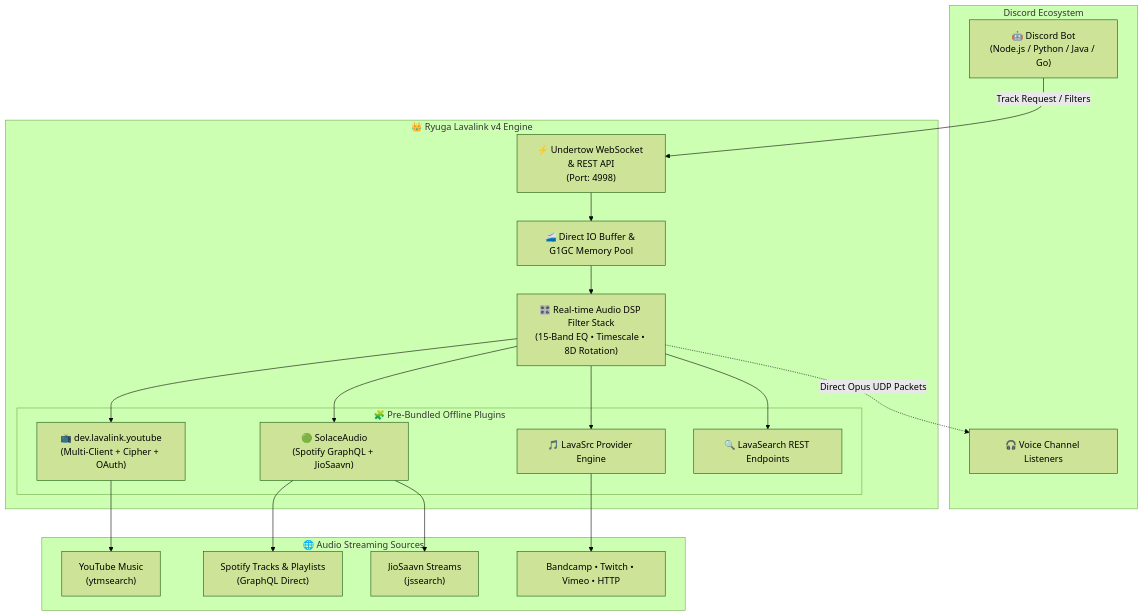
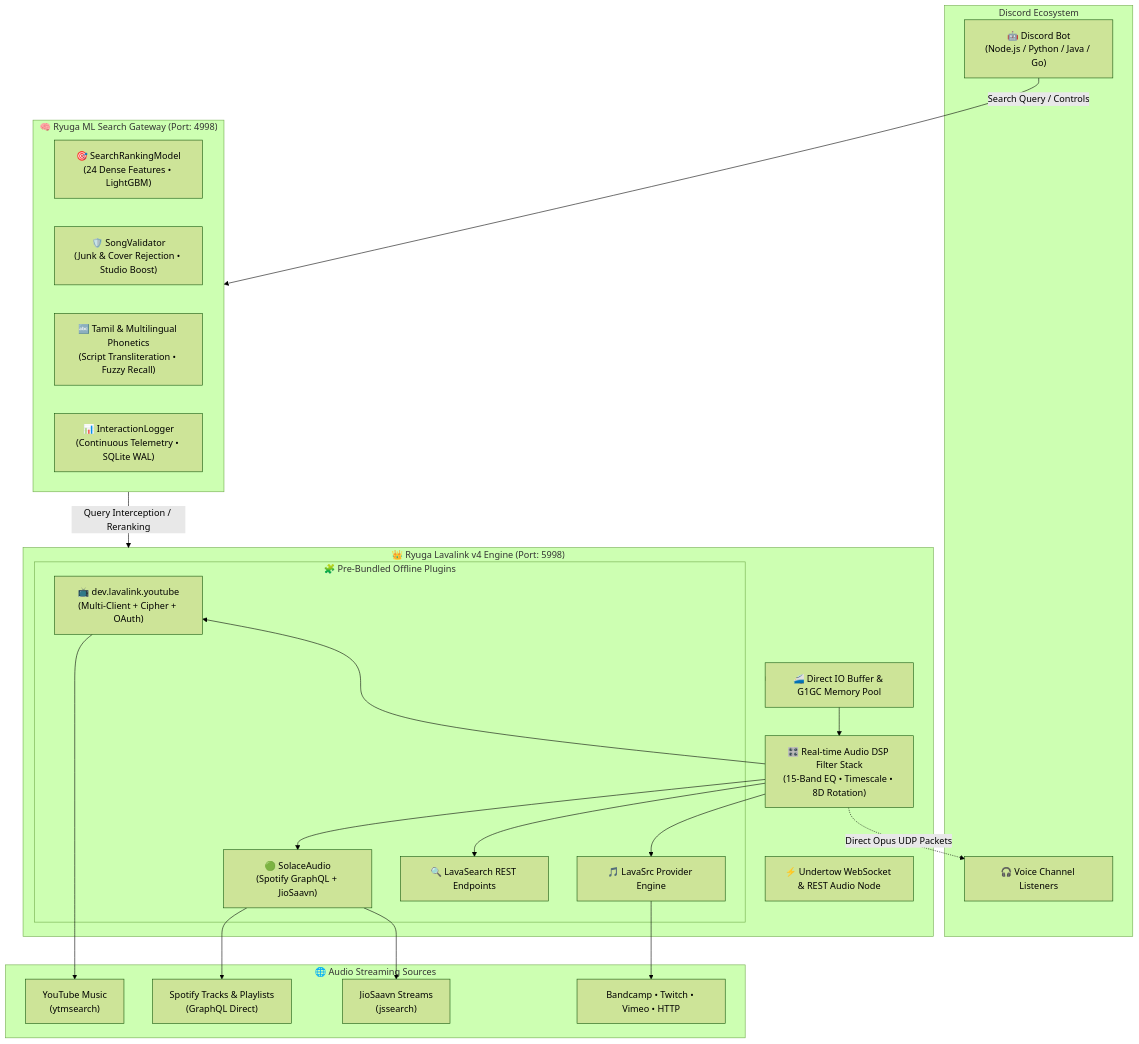
One commit to sridharanry-star/lavalink changed the diagram in README.md. Above: the diagram before and after it, drawn with Mermaid (forest theme). The commit also changed other lines of this file and 21 other files, not shown here.

Commit message:
feat: integrate Machine Learning search reranker, SongValidator, and audio gateway

````diff
--- a/README.md
+++ b/README.md
@@ -78,42 +87,50 @@
 ```mermaid
 flowchart TD
     subgraph Discord["Discord Ecosystem"]
         Bot["🤖 Discord Bot\n(Node.js / Python / Java / Go)"]
         Users["🎧 Voice Channel Listeners"]
     end
 
-    subgraph LavalinkServer["👑 Ryuga Lavalink v4 Engine"]
-        WS["⚡ Undertow WebSocket & REST API\n(Port: 4998)"]
+    subgraph MLGateway["🧠 Ryuga ML Search Gateway (Port: 4998)"]
+        Ranker["🎯 SearchRankingModel\n(24 Dense Features • LightGBM)"]
+        Validator["🛡️ SongValidator\n(Junk & Cover Rejection • Studio Boost)"]
+        Phonetic["🔤 Tamil & Multilingual Phonetics\n(Script Transliteration • Fuzzy Recall)"]
+        Telemetry["📊 InteractionLogger\n(Continuous Telemetry • SQLite WAL)"]
+    end
+
+    subgraph LavalinkServer["👑 Ryuga Lavalink v4 Engine (Port: 5998)"]
+        WS["⚡ Undertow WebSocket & REST Audio Node"]
         Buffer["🚄 Direct IO Buffer & G1GC Memory Pool"]
         DSP["🎛️ Real-time Audio DSP Filter Stack\n(15-Band EQ • Timescale • 8D Rotation)"]
         
         subgraph PluginsLayer["🧩 Pre-Bundled Offline Plugins"]
             YT["📺 dev.lavalink.youtube\n(Multi-Client + Cipher + OAuth)"]
             Solace["🟢 SolaceAudio\n(Spotify GraphQL + JioSaavn)"]
             LavaSrc["🎵 LavaSrc Provider Engine"]
             LavaSearch["🔍 LavaSearch REST Endpoints"]
         end
     end
 
     subgraph AudioSources["🌐 Audio Streaming Sources"]
         YTMusic["YouTube Music\n(ytmsearch)"]
         SpotAPI["Spotify Tracks & Playlists\n(GraphQL Direct)"]
         JioAPI["JioSaavn Streams\n(jssearch)"]
         DirectStreams["Bandcamp • Twitch • Vimeo • HTTP"]
     end
 
-    Bot -->|Track Request / Filters| WS
-    WS --> Buffer
+    Bot -->|Search Query / Controls| MLGateway
+    MLGateway -->|Query Interception / Reranking| LavalinkServer
+    LavalinkServer --> Buffer
     Buffer --> DSP
     DSP --> YT
     DSP --> Solace
     DSP --> LavaSrc
     DSP --> LavaSearch
     
     YT --> YTMusic
     Solace --> SpotAPI
     Solace --> JioAPI
     LavaSrc --> DirectStreams
 
     DSP -.->|Direct Opus UDP Packets| Users
 ```
````
